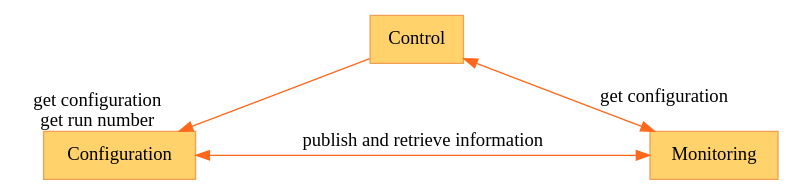
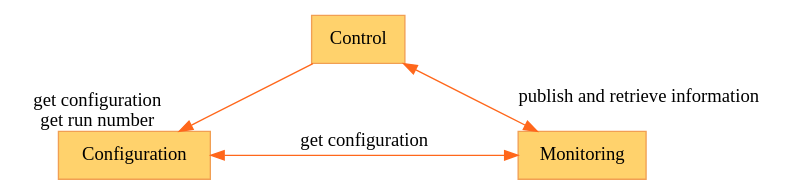
One commit to DUNE/dune-tdr changed the diagram in graphics/daq-ccm-subsys.dot. Above: the diagram before and after it, drawn with Graphviz. The commit also changed 7 other files, not shown here.

```diff
--- a/graphics/daq-ccm-subsys.dot
+++ b/graphics/daq-ccm-subsys.dot
@@ -1,18 +1,18 @@
 graph ccm {
         nodesep=1.5
         node[shape=box]
 
         node[color="#f19f53",fillcolor="#ffd26c",style=filled]
         ctr[label="Control"]
         cfg[label="Configuration"]
         mon[label="Monitoring"]
 
         {rank=same;
                 cfg,mon}
 
         edge[dir=both,color="#ff671b"]
         ctr--cfg[headlabel="get configuration\nget run number",dir=forward]
-        cfg--mon[label="publish and retrieve information"]
-        mon--ctr[label="get configuration"]
+        cfg--mon[label="get configuration"]
+        mon--ctr[label="publish and retrieve information"]
 
 }
```
